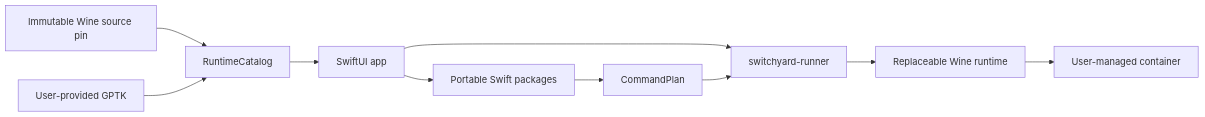
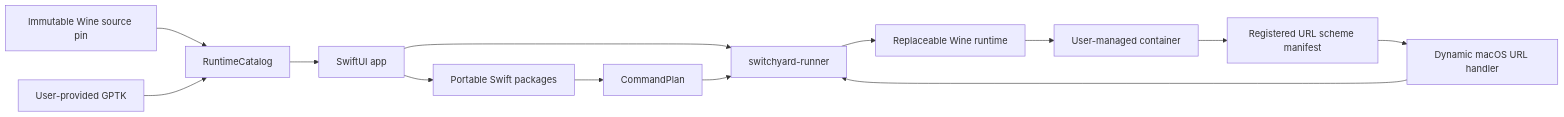
The diagram in docs/architecture.md (jungwuk-ryu/Switchyard), drawn with Mermaid before and after one commit. The commit also changed other lines of this file and 15 other files, not shown here.

Commit message:
feat: bridge Wine protocol callbacks through macOS

````diff
--- a/docs/architecture.md
+++ b/docs/architecture.md
@@ -5,12 +5,15 @@
 ```mermaid
 flowchart LR
     UI["SwiftUI app"] --> Packages["Portable Swift packages"]
     UI --> Runner["switchyard-runner"]
     Packages --> Plan["CommandPlan"]
     Plan --> Runner
     Pin["Immutable Wine source pin"] --> Catalog["RuntimeCatalog"]
     Catalog --> UI
     GPTK["User-provided GPTK"] --> Catalog
     Runner --> Wine["Replaceable Wine runtime"]
     Wine --> Container["User-managed container"]
+    Container --> Manifest["Registered URL scheme manifest"]
+    Manifest --> Bridge["Dynamic macOS URL handler"]
+    Bridge --> Runner
 ```
````
